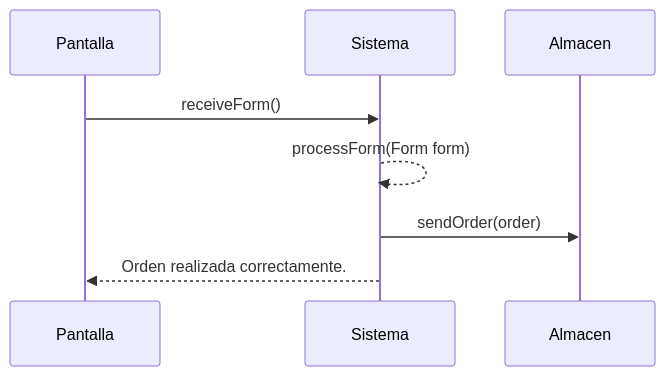
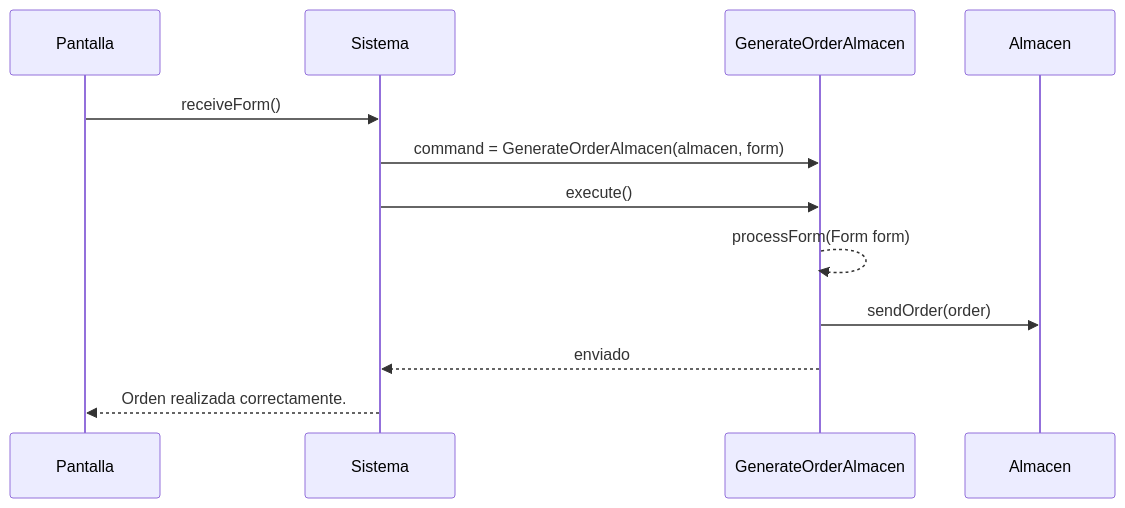
One commit to jonathanMM97/DSS-Ejercicios changed the diagram in Ejercicios/Distribuidora/README.md. Above: the diagram before and after it, drawn with Mermaid.

Commit message:
Corrigiendo diagrama de secuencia

````diff
--- a/Ejercicios/Distribuidora/README.md
+++ b/Ejercicios/Distribuidora/README.md
@@ -70,10 +70,14 @@
 ```mermaid
 sequenceDiagram
     participant Pantalla
     participant Sistema
+    participant GenerateOrderAlmacen
     participant Almacen
     Pantalla->>Sistema: receiveForm()
-    Sistema-->>Sistema: processForm(Form form)
-    Sistema->>Almacen: sendOrder(order)
+    Sistema->>GenerateOrderAlmacen: command = GenerateOrderAlmacen(almacen, form)
+    Sistema->>GenerateOrderAlmacen: execute()
+    GenerateOrderAlmacen-->>GenerateOrderAlmacen: processForm(Form form)
+    GenerateOrderAlmacen->>Almacen: sendOrder(order)
+    GenerateOrderAlmacen-->>Sistema: enviado
     Sistema-->>Pantalla: Orden realizada correctamente.
 ```
````
